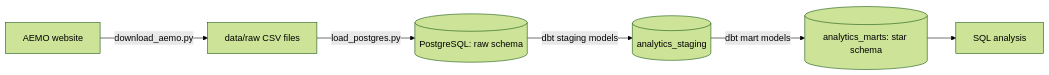
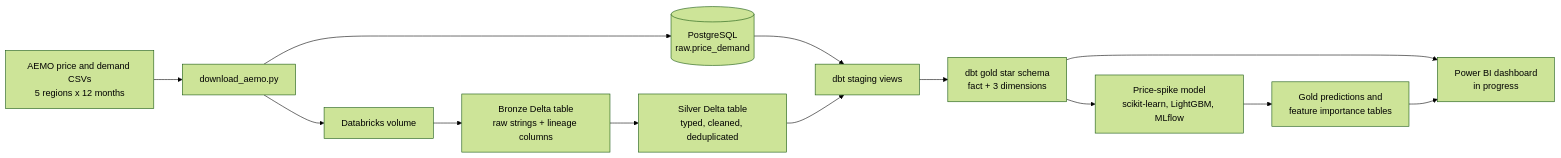
One commit to bammay/nem-energy-pipeline changed the diagram in README.md. Above: the diagram before and after it, drawn with Mermaid (forest theme). The commit also changed other lines of this file, not shown here.

Commit message:
README: 12 months, medallion layers, dbt on Databricks, price-spike model results

````diff
--- a/README.md
+++ b/README.md
@@ -18,8 +13,15 @@
 ```mermaid
 flowchart LR
-    A[AEMO website] -->|download_aemo.py| B[data/raw CSV files]
-    B -->|load_postgres.py| C[(PostgreSQL: raw schema)]
-    C -->|dbt staging models| D[(analytics_staging)]
-    D -->|dbt mart models| E[(analytics_marts: star schema)]
-    E --> F[SQL analysis]
+    A[AEMO price and demand CSVs<br/>5 regions x 12 months] --> B[download_aemo.py]
+    B --> C[(PostgreSQL<br/>raw.price_demand)]
+    B --> D[Databricks volume]
+    D --> E[Bronze Delta table<br/>raw strings + lineage columns]
+    E --> F[Silver Delta table<br/>typed, cleaned, deduplicated]
+    C --> G[dbt staging views]
+    F --> G
+    G --> H[dbt gold star schema<br/>fact + 3 dimensions]
+    H --> I[Price-spike model<br/>scikit-learn, LightGBM, MLflow]
+    I --> J[Gold predictions and<br/>feature importance tables]
+    H --> K[Power BI dashboard<br/>in progress]
+    J --> K
 ```
````
